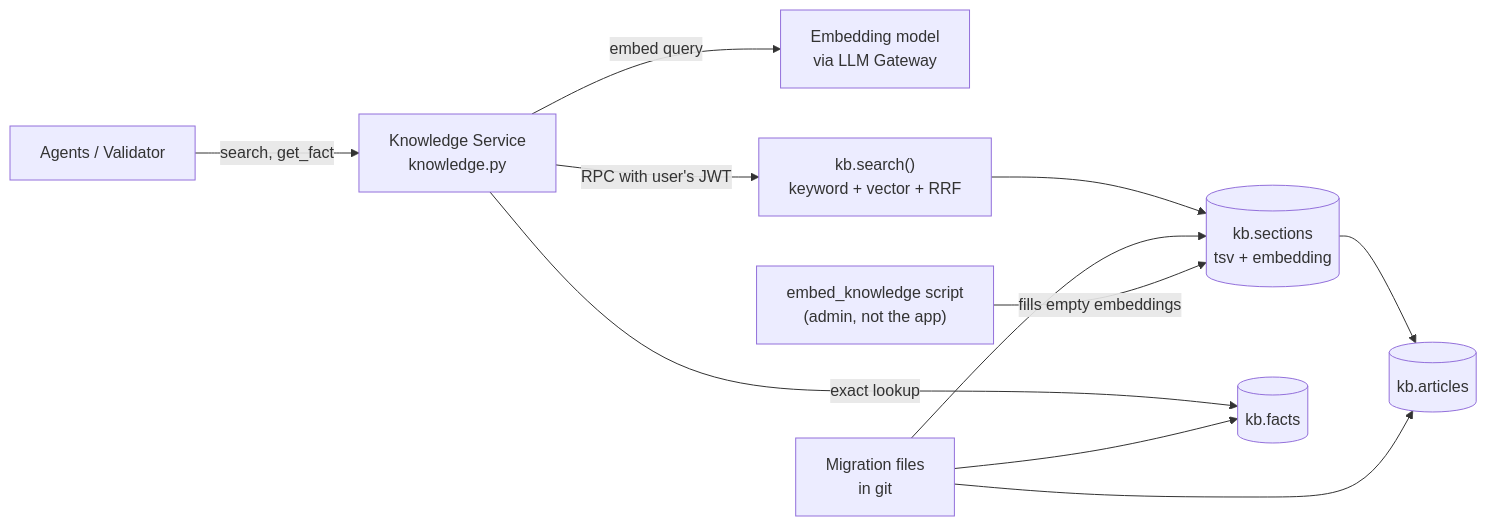
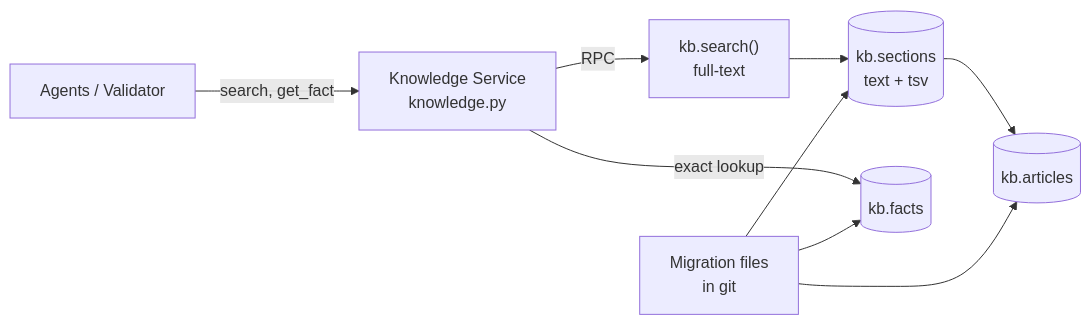
The diagram in docs/knowledge-base-design.md (deniseLie/IS4000_Group7), drawn with Mermaid before and after one commit. The commit also changed other lines of this file and 4 other files, not shown here.

First line of the commit message:
docs: simplify knowledge base to keyword search and add system architecture diagram

````diff
--- a/docs/knowledge-base-design.md
+++ b/docs/knowledge-base-design.md
@@ -13,11 +13,9 @@
 ```mermaid
 flowchart LR
   AG["Agents / Validator"] -->|search, get_fact| KS["Knowledge Service<br/>knowledge.py"]
-  KS -->|embed query| EMB["Embedding model<br/>via LLM Gateway"]
-  KS -->|RPC with user's JWT| FN["kb.search()<br/>keyword + vector + RRF"]
-  FN --> SEC[("kb.sections<br/>tsv + embedding")]
+  KS -->|RPC| FN["kb.search()<br/>full-text"]
+  FN --> SEC[("kb.sections<br/>text + tsv")]
   SEC --> ART[("kb.articles")]
   KS -->|exact lookup| FACT[("kb.facts")]
   SEED["Migration files<br/>in git"] --> ART & SEC & FACT
-  SCRIPT["embed_knowledge script<br/>(admin, not the app)"] -->|fills empty embeddings| SEC
 ```
````
